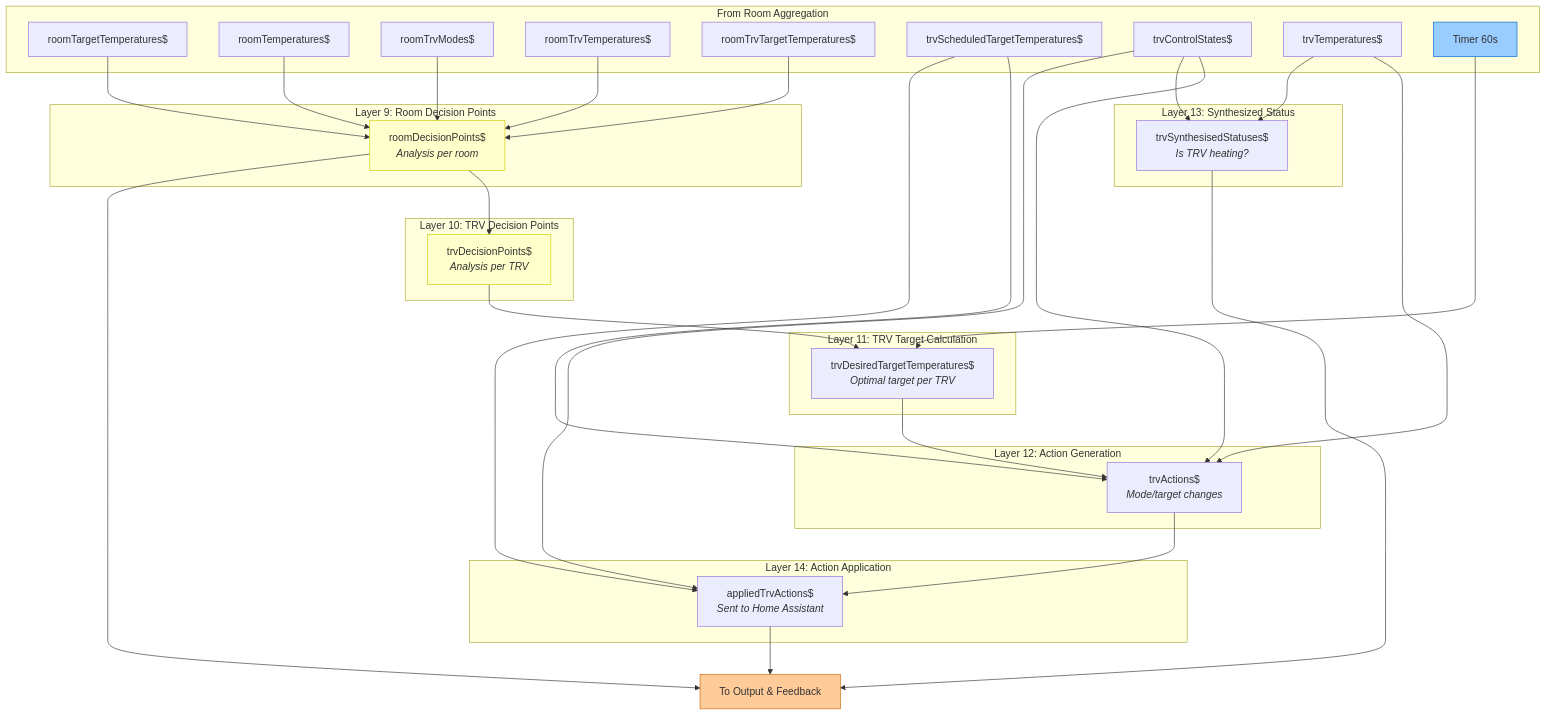
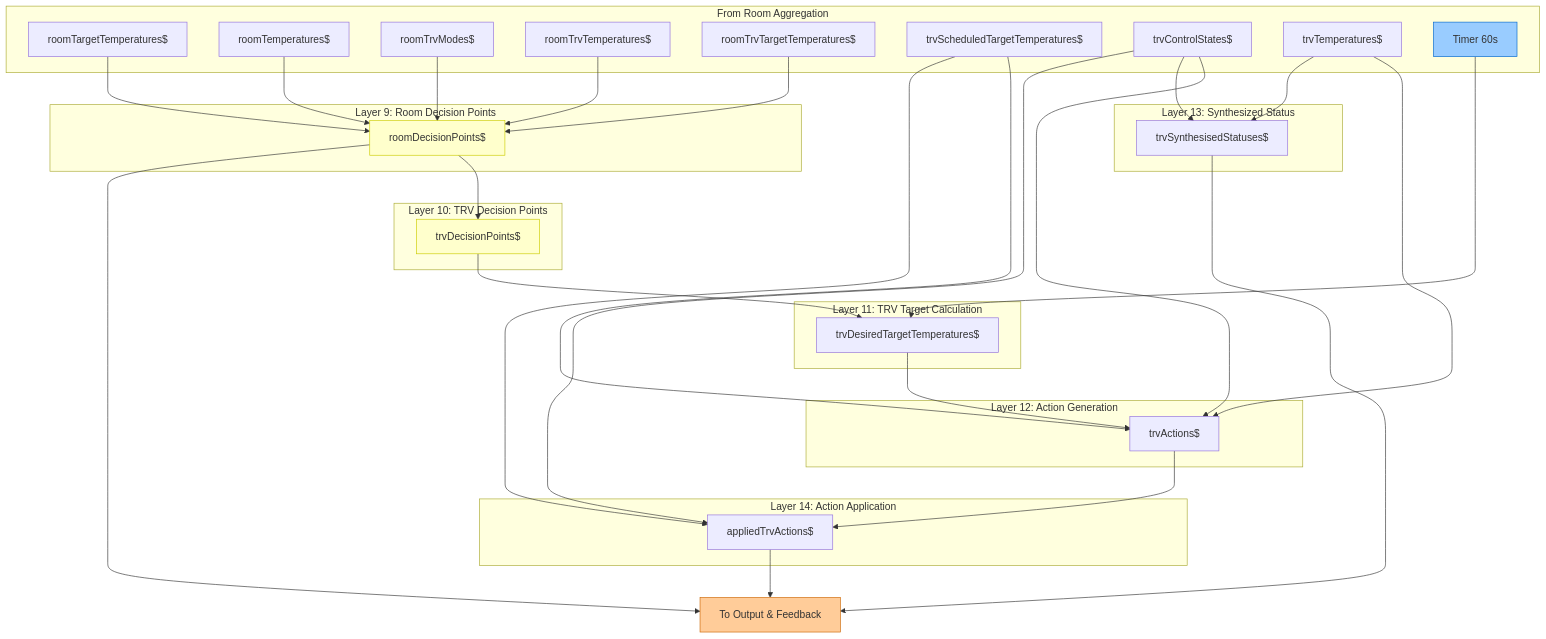
One commit to GraemeF/home-automation changed the diagram in packages/deep-heating-rx/docs/data-flow-decisions.md. Above: the diagram before and after it, drawn with Mermaid. The commit also changed 4 other files, not shown here.

First line of the commit message:
fix: simplify mermaid node labels for readability

````diff
--- a/packages/deep-heating-rx/docs/data-flow-decisions.md
+++ b/packages/deep-heating-rx/docs/data-flow-decisions.md
@@ -9,81 +9,81 @@
 ```mermaid
 flowchart TB
     subgraph Inputs["From Room Aggregation"]
         RoomTargets["roomTargetTemperatures$"]
         RoomTemps["roomTemperatures$"]
         RoomTrvModes["roomTrvModes$"]
         RoomTrvTemps["roomTrvTemperatures$"]
         RoomTrvTargets["roomTrvTargetTemperatures$"]
         TrvSchedTargets["trvScheduledTargetTemperatures$"]
         TrvControl["trvControlStates$"]
         TrvTemps["trvTemperatures$"]
         Timer60["Timer 60s"]
     end
 
     subgraph Layer9["Layer 9: Room Decision Points"]
-        RoomDecisions["roomDecisionPoints$\n<i>Analysis per room</i>"]
+        RoomDecisions["roomDecisionPoints$"]
     end
 
     subgraph Layer10["Layer 10: TRV Decision Points"]
-        TrvDecisions["trvDecisionPoints$\n<i>Analysis per TRV</i>"]
+        TrvDecisions["trvDecisionPoints$"]
     end
 
     subgraph Layer11["Layer 11: TRV Target Calculation"]
-        TrvDesired["trvDesiredTargetTemperatures$\n<i>Optimal target per TRV</i>"]
+        TrvDesired["trvDesiredTargetTemperatures$"]
     end
 
     subgraph Layer12["Layer 12: Action Generation"]
-        TrvActions["trvActions$\n<i>Mode/target changes</i>"]
+        TrvActions["trvActions$"]
     end
 
     subgraph Layer13["Layer 13: Synthesized Status"]
-        TrvSynthStatus["trvSynthesisedStatuses$\n<i>Is TRV heating?</i>"]
+        TrvSynthStatus["trvSynthesisedStatuses$"]
     end
 
     subgraph Layer14["Layer 14: Action Application"]
-        AppliedActions["appliedTrvActions$\n<i>Sent to Home Assistant</i>"]
+        AppliedActions["appliedTrvActions$"]
     end
 
     %% Layer 9 connections
     RoomTargets --> RoomDecisions
     RoomTemps --> RoomDecisions
     RoomTrvModes --> RoomDecisions
     RoomTrvTemps --> RoomDecisions
     RoomTrvTargets --> RoomDecisions
 
     %% Layer 10 connections
     RoomDecisions --> TrvDecisions
 
     %% Layer 11 connections
     TrvDecisions --> TrvDesired
     Timer60 --> TrvDesired
 
     %% Layer 12 connections
     TrvDesired --> TrvActions
     TrvControl --> TrvActions
     TrvTemps --> TrvActions
     TrvSchedTargets --> TrvActions
 
     %% Layer 13 connections
     TrvTemps --> TrvSynthStatus
     TrvControl --> TrvSynthStatus
 
     %% Layer 14 connections
     TrvActions --> AppliedActions
     TrvControl --> AppliedActions
     TrvSchedTargets --> AppliedActions
 
     %% Outputs
     AppliedActions --> Output["To Output & Feedback"]
     TrvSynthStatus --> Output
     RoomDecisions --> Output
 
     %% Styling
     classDef timer fill:#99ccff,stroke:#0066cc
     classDef output fill:#ffcc99,stroke:#cc6600
     classDef decision fill:#ffffcc,stroke:#cccc00
 
     class Timer60 timer
     class Output output
     class RoomDecisions,TrvDecisions decision
 ```
````
